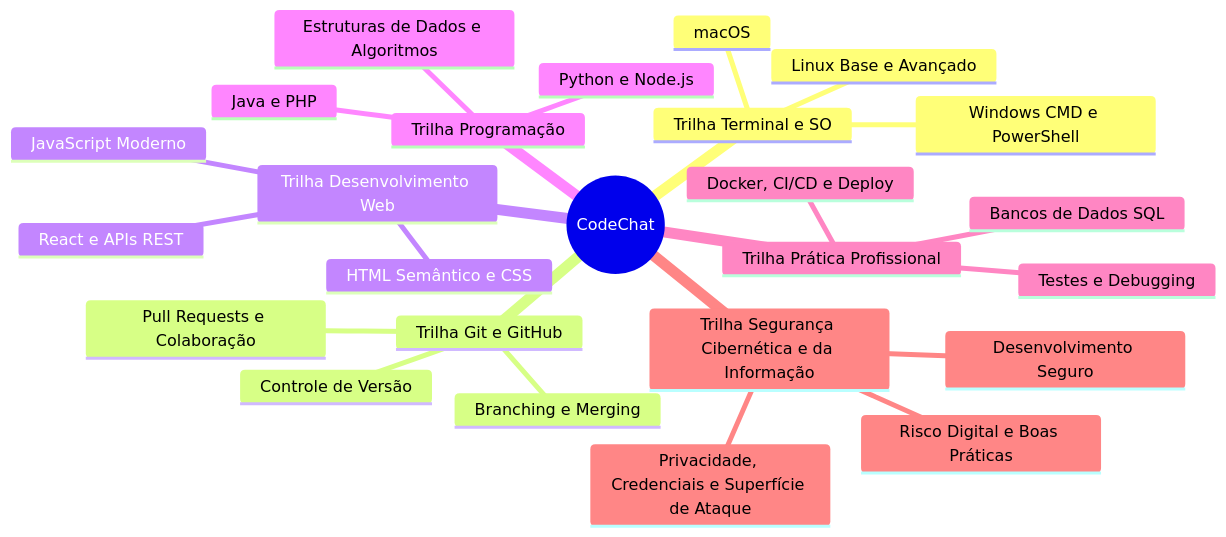
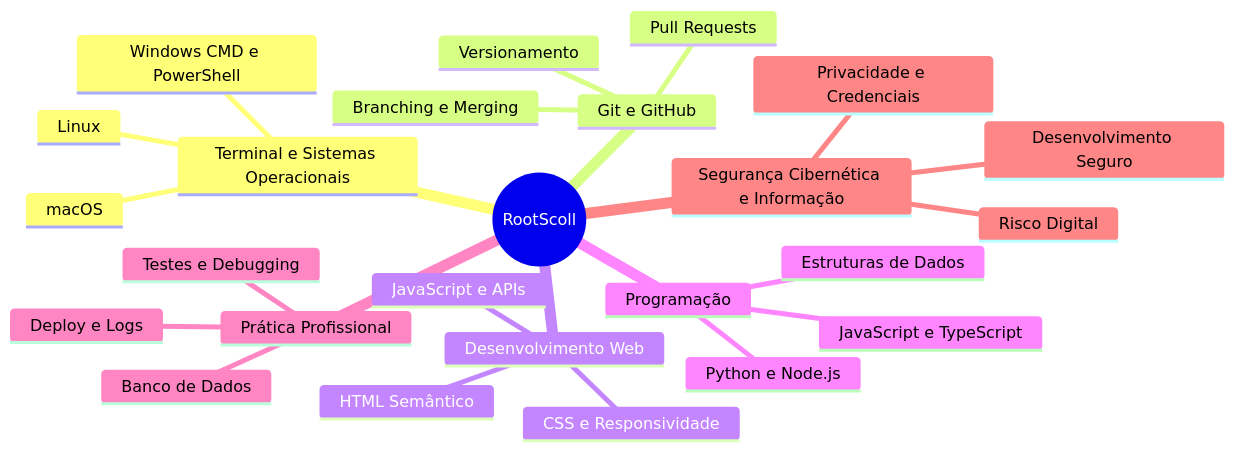
The third of 4 diagrams in docs/operations/visual-operational-brain.md (reinaldogramachof-hash/RootScoll), drawn with Mermaid before and after one commit. The commit also changed other lines of this file and 15 other files, not shown here.

Commit message:
feat: add RootScoll visual foundation and strategy docs

````diff
--- a/docs/operations/visual-operational-brain.md
+++ b/docs/operations/visual-operational-brain.md
@@ -105,28 +77,28 @@
 ```mermaid
 mindmap
-  root((CodeChat))
-    Trilha Terminal e SO
-      Linux Base e Avançado
+  root((RootScoll))
+    Terminal e Sistemas Operacionais
+      Linux
       macOS
       Windows CMD e PowerShell
-    Trilha Git e GitHub
-      Controle de Versão
+    Git e GitHub
+      Versionamento
       Branching e Merging
-      Pull Requests e Colaboração
-    Trilha Desenvolvimento Web
-      HTML Semântico e CSS
-      JavaScript Moderno
-      React e APIs REST
-    Trilha Programação
+      Pull Requests
+    Desenvolvimento Web
+      HTML Semântico
+      CSS e Responsividade
+      JavaScript e APIs
+    Programação
+      JavaScript e TypeScript
       Python e Node.js
-      Java e PHP
-      Estruturas de Dados e Algoritmos
-    Trilha Prática Profissional
-      Bancos de Dados SQL
+      Estruturas de Dados
+    Prática Profissional
+      Banco de Dados
       Testes e Debugging
-      Docker, CI/CD e Deploy
-    Trilha Segurança Cibernética e da Informação
-      Risco Digital e Boas Práticas
+      Deploy e Logs
+    Segurança Cibernética e Informação
+      Risco Digital
       Desenvolvimento Seguro
-      Privacidade, Credenciais e Superfície de Ataque
+      Privacidade e Credenciais
 ```
````
